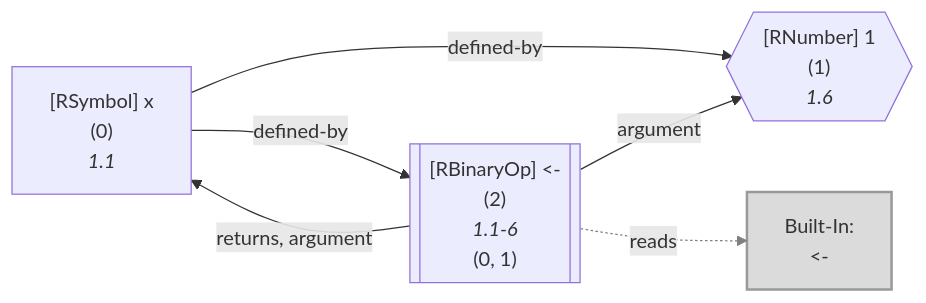
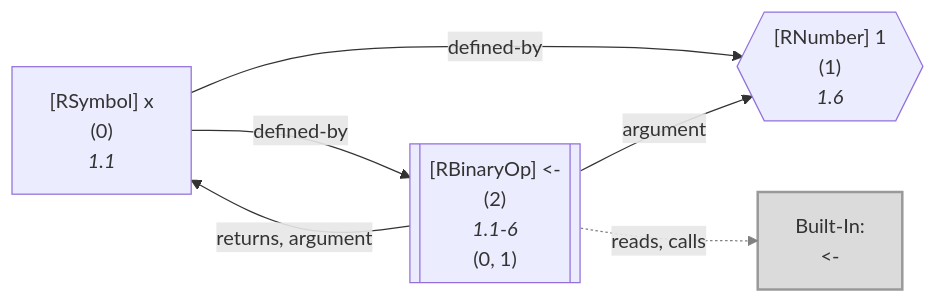
One commit to flowr-analysis/flowr changed diagram 18 of 51 in wiki/Dataflow Graph.md. Above: the diagram before and after it, drawn with Mermaid. The commit also changed other lines of this file and 8 other files, not shown here.

Commit message:
[skip ci] doc: update generated wiki pages (wiki/Capabilities,wiki/Dataflow Graph,wiki/Query API,wiki/Search API,wiki/Engines,wiki/Interface,wiki/Control Flow Graph,wiki/Core,README)

````diff
--- a/wiki/Dataflow Graph.md
+++ b/wiki/Dataflow Graph.md
@@ -2700,22 +2700,22 @@
 ```mermaid
 flowchart LR
     1{{"`#91;RNumber#93; 1
       (1)
       *1.6*`"}}
     0["`#91;RSymbol#93; x
       (0)
       *1.1*`"]
     2[["`#91;RBinaryOp#93; #60;#45;
       (2)
       *1.1-6*
     (0, 1)`"]]
     built-in:_-["`Built-In:
 #60;#45;`"]
     style built-in:_- stroke:gray,fill:lightgray,stroke-width:2px,opacity:.8;
     0 -->|"defined-by"| 1
     0 -->|"defined-by"| 2
     2 -->|"argument"| 1
     2 -->|"returns, argument"| 0
-    2 -.->|"reads"| built-in:_-
+    2 -.->|"reads, calls"| built-in:_-
     linkStyle 4 stroke:gray;
 ```
````
